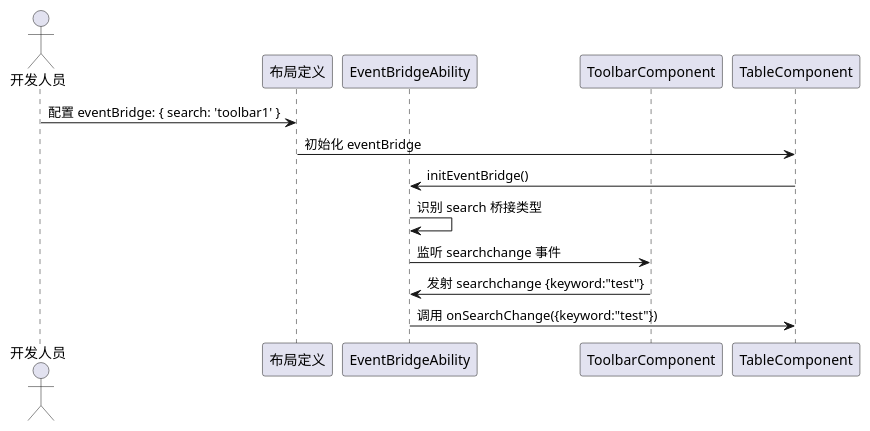
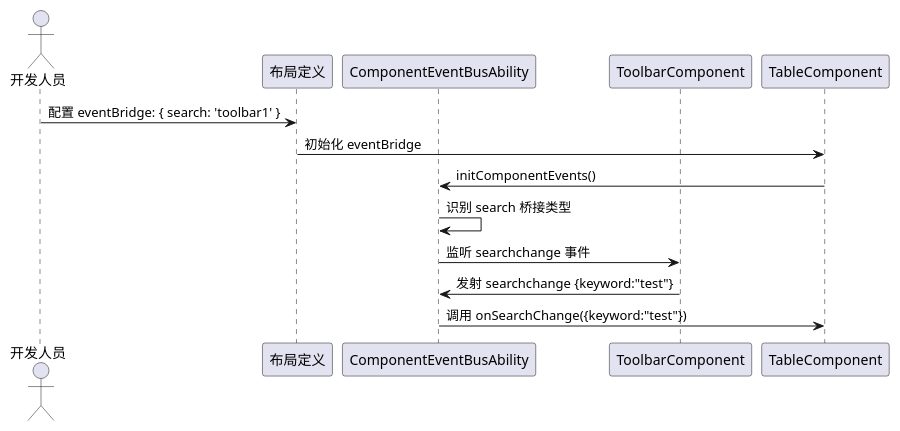
Before and after one commit to tianxiaode/QimenJs: the fifth of 8 diagrams in docs/sdd/search-ability/spec.md, drawn with PlantUML. The commit also changed other lines of this file and 45 other files, not shown here.

First line of the commit message:
refactor: rename EventBridge to ComponentEventBus and BridgeListen to ComponentListen

````diff
--- a/docs/sdd/search-ability/spec.md
+++ b/docs/sdd/search-ability/spec.md
@@ -345,17 +345,17 @@
 ```plantuml
 @startuml
 actor 开发人员
 participant "布局定义" as Layout
-participant "EventBridgeAbility" as Bridge
+participant "ComponentEventBusAbility" as Bridge
 participant "ToolbarComponent" as Toolbar
 participant "TableComponent" as Table
 
 开发人员 -> Layout : 配置 eventBridge: { search: 'toolbar1' }
 Layout -> Table : 初始化 eventBridge
-Table -> Bridge : initEventBridge()
+Table -> Bridge : initComponentEvents()
 Bridge -> Bridge : 识别 search 桥接类型
 Bridge -> Toolbar : 监听 searchchange 事件
 Toolbar -> Bridge : 发射 searchchange {keyword:"test"}
 Bridge -> Table : 调用 onSearchChange({keyword:"test"})
 @enduml
 ```
````
